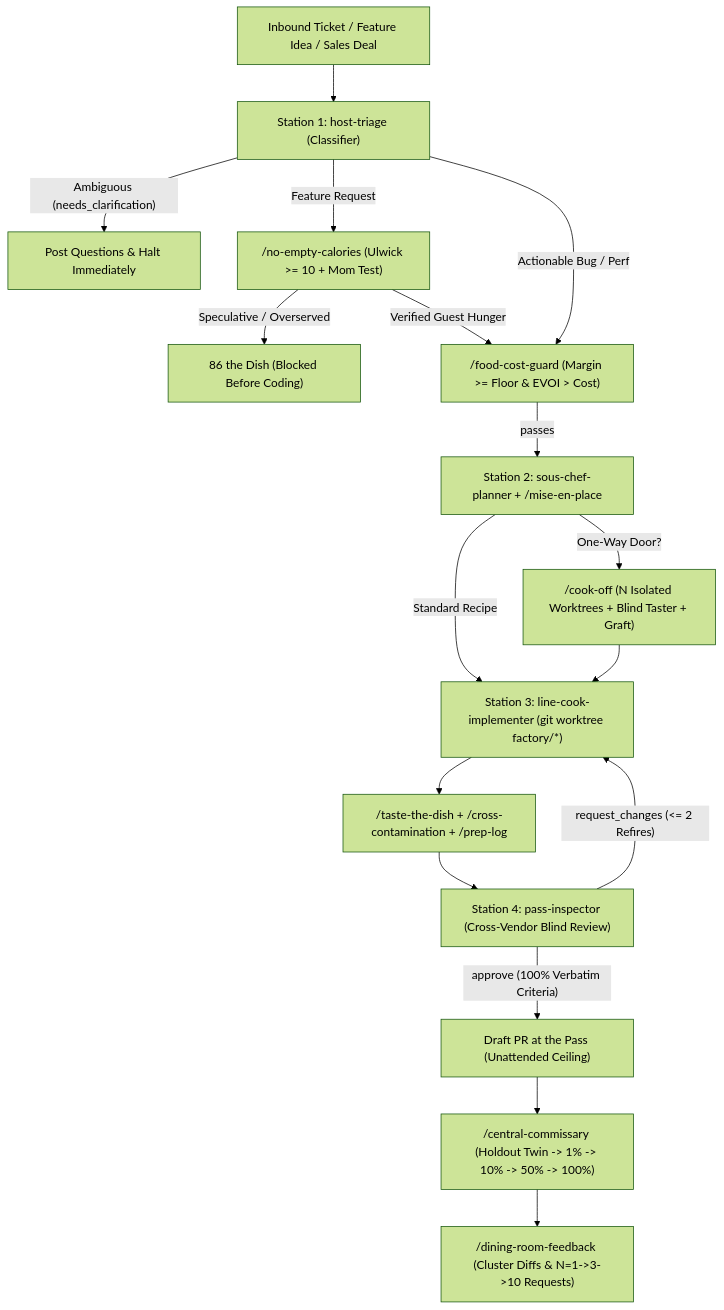
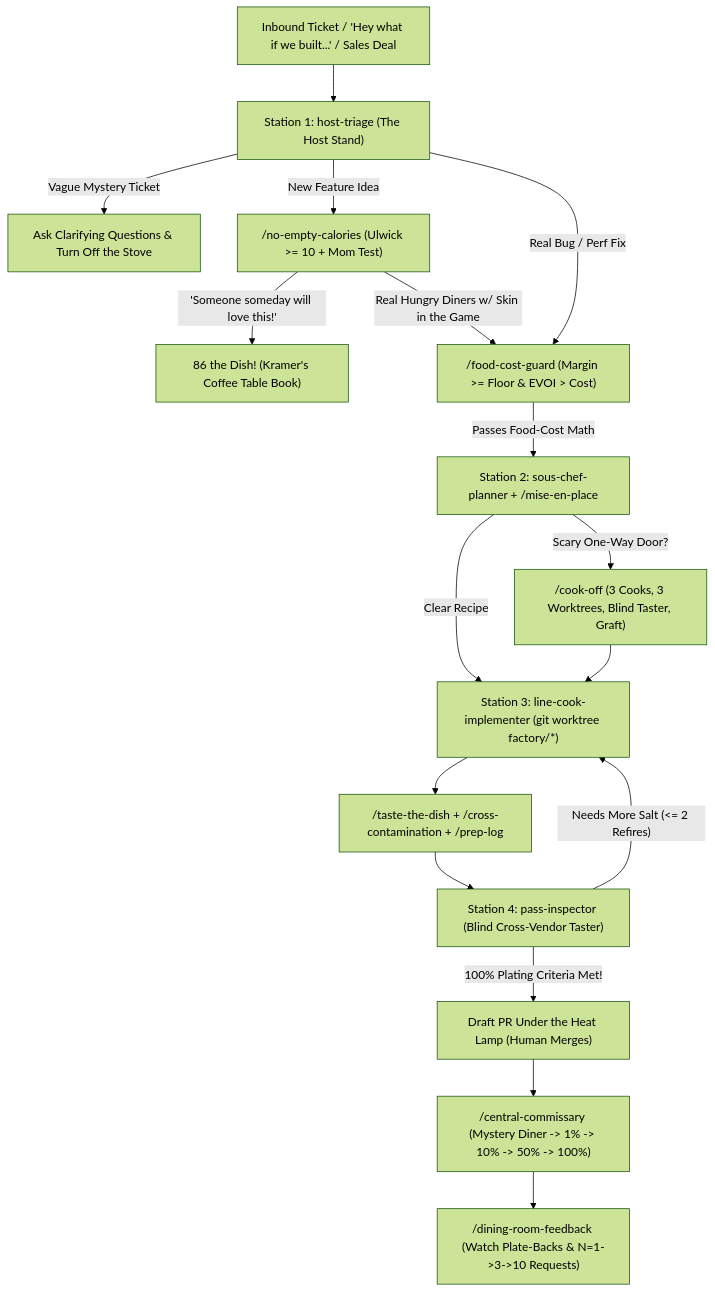
Before and after one commit to agronomist/principled-product-factory: the diagram in README.md, drawn with Mermaid (forest theme). The commit also changed other lines of this file, not shown here.

````diff
--- a/README.md
+++ b/README.md
@@ -46,19 +56,19 @@
 ```mermaid
 flowchart TD
-    Intake["Inbound Ticket / Feature Idea / Sales Deal"] --> Host["Station 1: host-triage (Classifier)"]
-    Host -- "Ambiguous (needs_clarification)" --> Ask["Post Questions & Halt Immediately"]
-    Host -- "Feature Request" --> ValueGate["/no-empty-calories (Ulwick >= 10 + Mom Test)"]
-    ValueGate -- "Speculative / Overserved" --> EightySix["86 the Dish (Blocked Before Coding)"]
-    ValueGate -- "Verified Guest Hunger" --> CostGate["/food-cost-guard (Margin >= Floor & EVOI > Cost)"]
-    Host -- "Actionable Bug / Perf" --> CostGate
-    CostGate -- "passes" --> Sous["Station 2: sous-chef-planner + /mise-en-place"]
-    Sous -- "One-Way Door?" --> CookOff["/cook-off (N Isolated Worktrees + Blind Taster + Graft)"]
-    Sous -- "Standard Recipe" --> LineCook["Station 3: line-cook-implementer (git worktree factory/*)"]
+    Intake["Inbound Ticket / 'Hey what if we built...' / Sales Deal"] --> Host["Station 1: host-triage (The Host Stand)"]
+    Host -- "Vague Mystery Ticket" --> Ask["Ask Clarifying Questions & Turn Off the Stove"]
+    Host -- "New Feature Idea" --> ValueGate["/no-empty-calories (Ulwick >= 10 + Mom Test)"]
+    ValueGate -- "'Someone someday will love this!'" --> EightySix["86 the Dish! (Kramer's Coffee Table Book)"]
+    ValueGate -- "Real Hungry Diners w/ Skin in the Game" --> CostGate["/food-cost-guard (Margin >= Floor & EVOI > Cost)"]
+    Host -- "Real Bug / Perf Fix" --> CostGate
+    CostGate -- "Passes Food-Cost Math" --> Sous["Station 2: sous-chef-planner + /mise-en-place"]
+    Sous -- "Scary One-Way Door?" --> CookOff["/cook-off (3 Cooks, 3 Worktrees, Blind Taster, Graft)"]
+    Sous -- "Clear Recipe" --> LineCook["Station 3: line-cook-implementer (git worktree factory/*)"]
     CookOff --> LineCook
     LineCook --> Taste["/taste-the-dish + /cross-contamination + /prep-log"]
-    Taste --> Pass["Station 4: pass-inspector (Cross-Vendor Blind Review)"]
-    Pass -- "request_changes (<= 2 Refires)" --> LineCook
-    Pass -- "approve (100% Verbatim Criteria)" --> DraftPR["Draft PR at the Pass (Unattended Ceiling)"]
-    DraftPR --> FirstTables["/central-commissary (Holdout Twin -> 1% -> 10% -> 50% -> 100%)"]
-    FirstTables --> Flywheel["/dining-room-feedback (Cluster Diffs & N=1->3->10 Requests)"]
+    Taste --> Pass["Station 4: pass-inspector (Blind Cross-Vendor Taster)"]
+    Pass -- "Needs More Salt (<= 2 Refires)" --> LineCook
+    Pass -- "100% Plating Criteria Met!" --> DraftPR["Draft PR Under the Heat Lamp (Human Merges)"]
+    DraftPR --> FirstTables["/central-commissary (Mystery Diner -> 1% -> 10% -> 50% -> 100%)"]
+    FirstTables --> Flywheel["/dining-room-feedback (Watch Plate-Backs & N=1->3->10 Requests)"]
 ```
````
